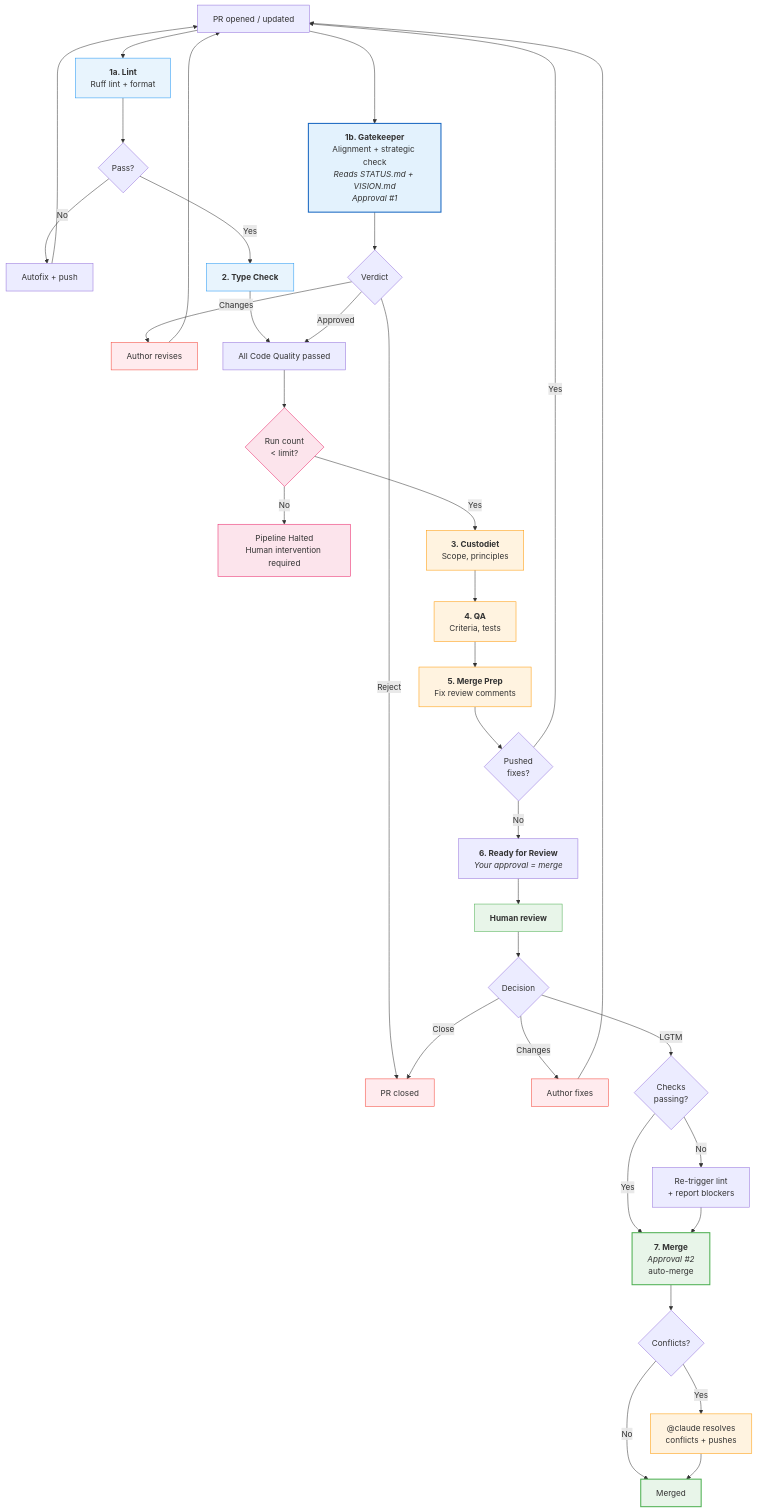
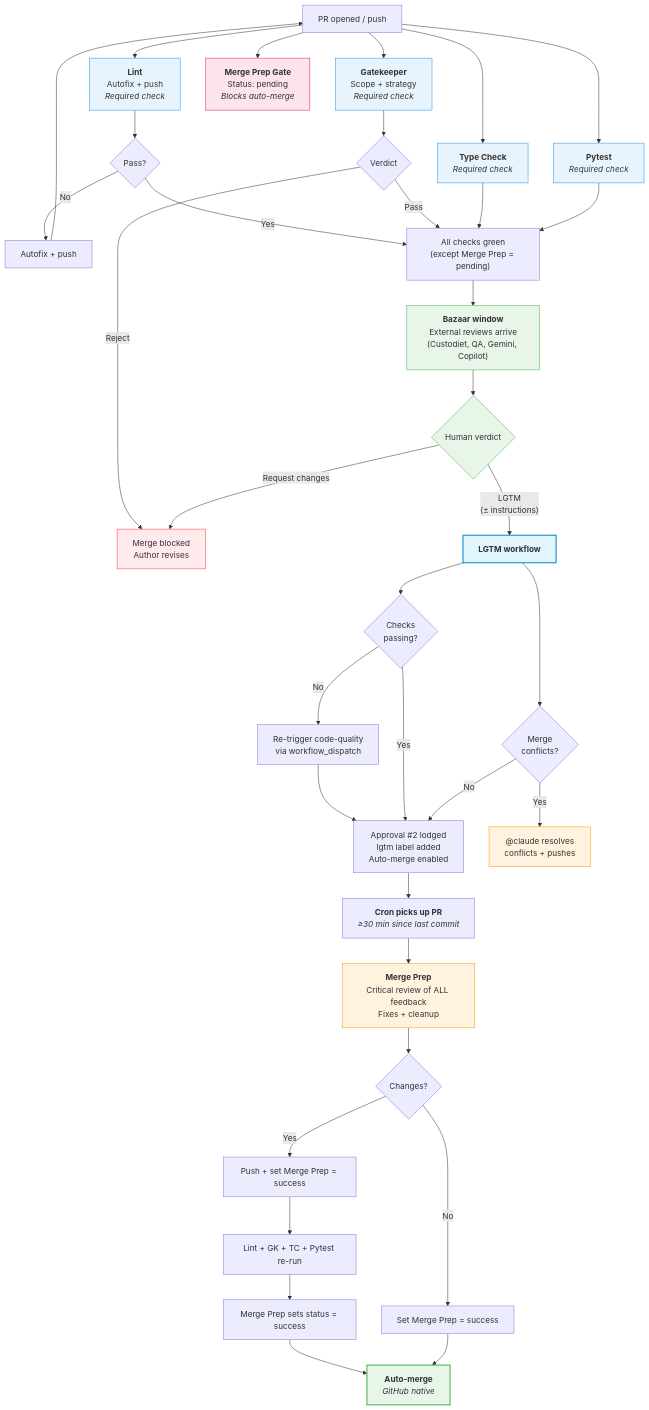
The diagram in specs/pr-process.md (nicsuzor/academicOps), drawn with Mermaid before and after one commit. The commit also changed other lines of this file and 6 other files, not shown here.

First line of the commit message:
Upgrade PR process to v2: LGTM workflow gains check re-trigger, approval, conflict resolution

````diff
--- a/specs/pr-process.md
+++ b/specs/pr-process.md
@@ -85,64 +153,70 @@
 ```mermaid
 flowchart TD
-    PR["PR opened / updated"]
+    PR["PR opened / push"]
 
-    %% -- Code Quality --
-    PR --> Lint["<b>1a. Lint</b><br/>Ruff lint + format"]
-    PR --> GK["<b>1b. Gatekeeper</b><br/>Alignment + strategic check<br/><i>Reads STATUS.md + VISION.md</i><br/><i>Approval #1</i>"]
+    %% Phase 1: Immediate
+    PR --> Lint["<b>Lint</b><br/>Autofix + push<br/><i>Required check</i>"]
+    PR --> GK["<b>Gatekeeper</b><br/>Scope + strategy<br/><i>Required check</i>"]
+    PR --> TC["<b>Type Check</b><br/><i>Required check</i>"]
+    PR --> Test["<b>Pytest</b><br/><i>Required check</i>"]
+    PR --> MPGate["<b>Merge Prep Gate</b><br/>Status: pending<br/><i>Blocks auto-merge</i>"]
 
     Lint --> LintOK{Pass?}
     LintOK -- No --> AutoFix["Autofix + push"]
     AutoFix --> PR
-    LintOK -- Yes --> TypeCk["<b>2. Type Check</b>"]
+    LintOK -- Yes --> Green
 
     GK --> GKV{Verdict}
-    GKV -- Reject --> Close["PR closed"]
-    GKV -- Changes --> FixGK["Author revises"]
-    FixGK --> PR
+    GKV -- Reject --> Blocked["Merge blocked<br/>Author revises"]
+    GKV -- Pass --> Green
 
-    %% -- Review Pipeline (only if Code Quality passes) --
-    TypeCk --> AllPass
-    GKV -- Approved --> AllPass["All Code Quality passed"]
+    TC --> Green
+    Test --> Green["All checks green<br/>(except Merge Prep = pending)"]
 
-    AllPass --> CascadeCheck{"Run count<br/>< limit?"}
-    CascadeCheck -- No --> Halt["Pipeline Halted<br/>Human intervention required"]
-    CascadeCheck -- Yes --> Cust["<b>3. Custodiet</b><br/>Scope, principles"]
-    Cust --> QA["<b>4. QA</b><br/>Criteria, tests"]
-    QA --> MP["<b>5. Merge Prep</b><br/>Fix review comments"]
+    %% Phase 2-3: Bazaar + Human
+    Green --> Wait["<b>Bazaar window</b><br/>External reviews arrive<br/>(Custodiet, QA, Gemini, Copilot)"]
+    Wait --> Human{"Human verdict"}
+    Human -- "Request changes" --> Blocked
+    Human -- "LGTM<br/>(± instructions)" --> LGTM
 
-    MP --> MPPush{Pushed<br/>fixes?}
-    MPPush -- Yes --> PR
-    MPPush -- No --> Notify["<b>6. Ready for Review</b><br/><i>Your approval = merge</i>"]
+    %% LGTM workflow
+    LGTM["<b>LGTM workflow</b>"]
+    LGTM --> CheckStatus{"Checks<br/>passing?"}
+    CheckStatus -- No --> Retrigger["Re-trigger code-quality<br/>via workflow_dispatch"]
+    Retrigger --> Approved
+    CheckStatus -- Yes --> Approved
+    LGTM --> Conflicts{"Merge<br/>conflicts?"}
+    Conflicts -- Yes --> Claude["@claude resolves<br/>conflicts + pushes"]
+    Conflicts -- No --> Approved
+    Approved["Approval #2 lodged<br/>lgtm label added<br/>Auto-merge enabled"]
 
-    Notify --> Human["<b>Human review</b>"]
-    Human --> HV{Decision}
-    HV -- Changes --> AuthorFix["Author fixes"]
-    AuthorFix --> PR
-    HV -- Close --> Close
-    HV -- "LGTM" --> CheckStatus{"Checks<br/>passing?"}
-    CheckStatus -- Yes --> Merge["<b>7. Merge</b><br/><i>Approval #2</i><br/>auto-merge"]
-    CheckStatus -- No --> RerunLint["Re-trigger lint<br/>+ report blockers"]
-    RerunLint --> Merge
-    Merge --> MergeOK{Conflicts?}
-    MergeOK -- No --> Done["Merged"]
-    MergeOK -- Yes --> Claude["@claude resolves<br/>conflicts + pushes"]
-    Claude --> Done
+    %% Phase 4: Merge Prep (cron)
+    Approved --> Cron["<b>Cron picks up PR</b><br/><i>≥30 min since last commit</i>"]
+    Cron --> MP["<b>Merge Prep</b><br/>Critical review of ALL feedback<br/>Fixes + cleanup"]
+    MP --> MPPush{Changes?}
+    MPPush -- Yes --> Push["Push + set Merge Prep = success"]
+    MPPush -- No --> MPDone["Set Merge Prep = success"]
+    Push --> Recheck["Lint + GK + TC + Pytest re-run"]
+    Recheck --> MPSet["Merge Prep sets status = success"]
+    MPSet --> Merge
+    MPDone --> Merge["<b>Auto-merge</b><br/><i>GitHub native</i>"]
 
-    %% -- Styling --
-    classDef gate fill:#e8f4fd,stroke:#2196f3
+    %% Styling
+    classDef check fill:#e8f4fd,stroke:#2196f3
+    classDef human fill:#e8f5e9,stroke:#4caf50
     classDef agent fill:#fff3e0,stroke:#ff9800
-    classDef gatekeeper fill:#e3f2fd,stroke:#1565c0,stroke-width:2px
-    classDef human fill:#e8f5e9,stroke:#4caf50
+    classDef success fill:#e8f5e9,stroke:#4caf50,stroke-width:2px
     classDef fail fill:#ffebee,stroke:#f44336
-    classDef success fill:#e8f5e9,stroke:#4caf50,stroke-width:2px
-    classDef guard fill:#fce4ec,stroke:#e91e63
+    classDef gate fill:#fce4ec,stroke:#e91e63
+    classDef lgtm fill:#e1f5fe,stroke:#0288d1,stroke-width:2px
 
-    class Lint,TypeCk gate
-    class Cust,QA,MP agent
-    class GK gatekeeper
-    class Human human
-    class Close,FixGK,AuthorFix fail
-    class Merge,Done success
+    class Lint,TC,Test check
+    class GK check
+    class Human,Wait human
+    class MP agent
+    class Merge success
+    class Blocked fail
+    class MPGate gate
+    class LGTM lgtm
     class Claude agent
-    class CascadeCheck,Halt guard
 ```
````
